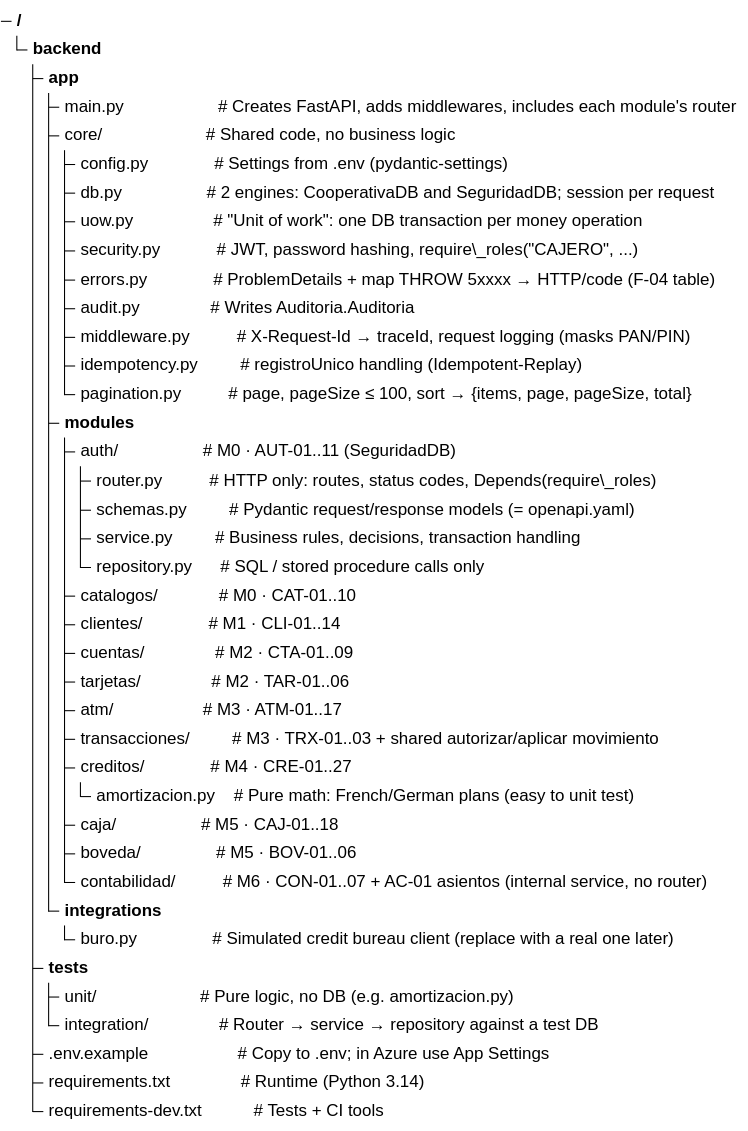
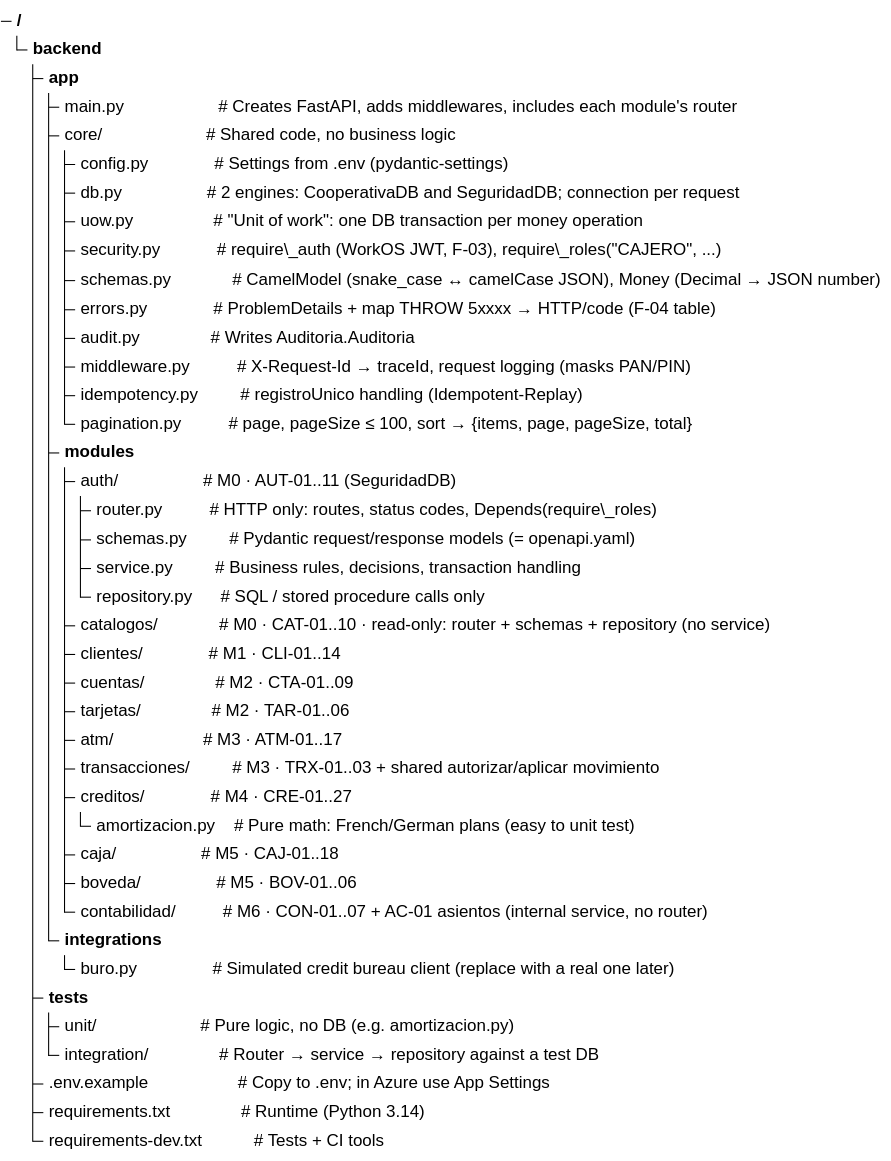
The diagram in Backend/TreeFolderStructure.md (hugo-chicaiza/Banking-Platform), drawn with Mermaid before and after one commit. The commit also changed other lines of this file and 12 other files, not shown here.

First line of the commit message:
feat(catalogos): CAT-01, CAT-05 and CAT-10 read-only catalog endpoints (F-09)

````diff
--- a/Backend/TreeFolderStructure.md
+++ b/Backend/TreeFolderStructure.md
@@ -1,45 +1,46 @@
 ```mermaid
 treeView-beta
 backend/
 ├── app/
 │   ├── main.py                    # Creates FastAPI, adds middlewares, includes each module's router
 │   ├── core/                      # Shared code, no business logic
 │   │   ├── config.py              # Settings from .env (pydantic-settings)
-│   │   ├── db.py                  # 2 engines: CooperativaDB and SeguridadDB; session per request
+│   │   ├── db.py                  # 2 engines: CooperativaDB and SeguridadDB; connection per request
 │   │   ├── uow.py                 # "Unit of work": one DB transaction per money operation
-│   │   ├── security.py            # JWT, password hashing, require\_roles("CAJERO", ...)
+│   │   ├── security.py            # require\_auth (WorkOS JWT, F-03), require\_roles("CAJERO", ...)
+│   │   ├── schemas.py             # CamelModel (snake_case ↔ camelCase JSON), Money (Decimal → JSON number)
 │   │   ├── errors.py              # ProblemDetails + map THROW 5xxxx → HTTP/code (F-04 table)
 │   │   ├── audit.py               # Writes Auditoria.Auditoria
 │   │   ├── middleware.py          # X-Request-Id → traceId, request logging (masks PAN/PIN)
 │   │   ├── idempotency.py         # registroUnico handling (Idempotent-Replay)
 │   │   └── pagination.py          # page, pageSize ≤ 100, sort → {items, page, pageSize, total}
 │   │
 │   ├── modules/
 │   │   ├── auth/                  # M0 · AUT-01..11 (SeguridadDB)
 │   │   │   ├── router.py          # HTTP only: routes, status codes, Depends(require\_roles)
 │   │   │   ├── schemas.py         # Pydantic request/response models (= openapi.yaml)
 │   │   │   ├── service.py         # Business rules, decisions, transaction handling
 │   │   │   └── repository.py      # SQL / stored procedure calls only
-│   │   ├── catalogos/             # M0 · CAT-01..10
+│   │   ├── catalogos/             # M0 · CAT-01..10 · read-only: router + schemas + repository (no service)
 │   │   ├── clientes/              # M1 · CLI-01..14
 │   │   ├── cuentas/               # M2 · CTA-01..09
 │   │   ├── tarjetas/               # M2 · TAR-01..06
 │   │   ├── atm/                   # M3 · ATM-01..17
 │   │   ├── transacciones/         # M3 · TRX-01..03 + shared autorizar/aplicar movimiento
 │   │   ├── creditos/              # M4 · CRE-01..27
 │   │   │   └── amortizacion.py    # Pure math: French/German plans (easy to unit test)
 │   │   ├── caja/                  # M5 · CAJ-01..18
 │   │   ├── boveda/                # M5 · BOV-01..06
 │   │   └── contabilidad/          # M6 · CON-01..07 + AC-01 asientos (internal service, no router)
 │   │
 │   └── integrations/
 │       └── buro.py                # Simulated credit bureau client (replace with a real one later)
 │
 ├── tests/
 │   ├── unit/                      # Pure logic, no DB (e.g. amortizacion.py)
 │   └── integration/               # Router → service → repository against a test DB
 │
 ├── .env.example                   # Copy to .env; in Azure use App Settings
 ├── requirements.txt               # Runtime (Python 3.14)
 └── requirements-dev.txt           # Tests + CI tools
 ```
````
